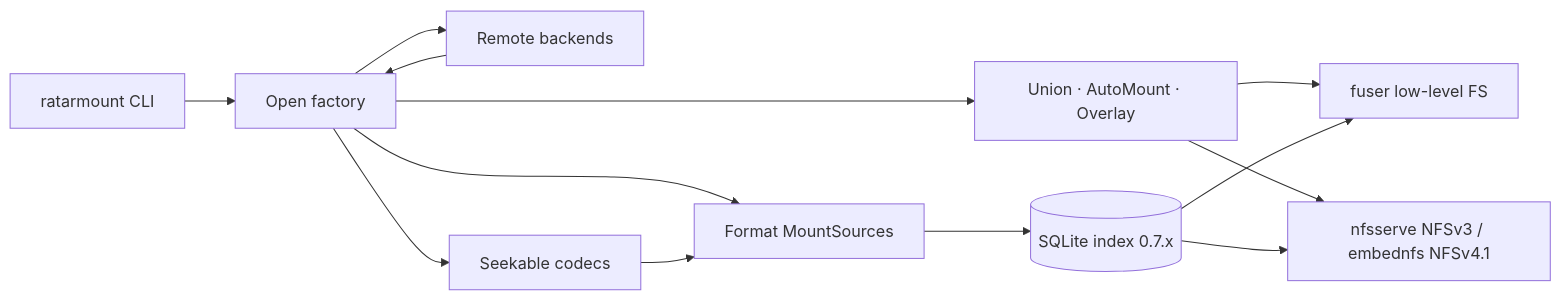
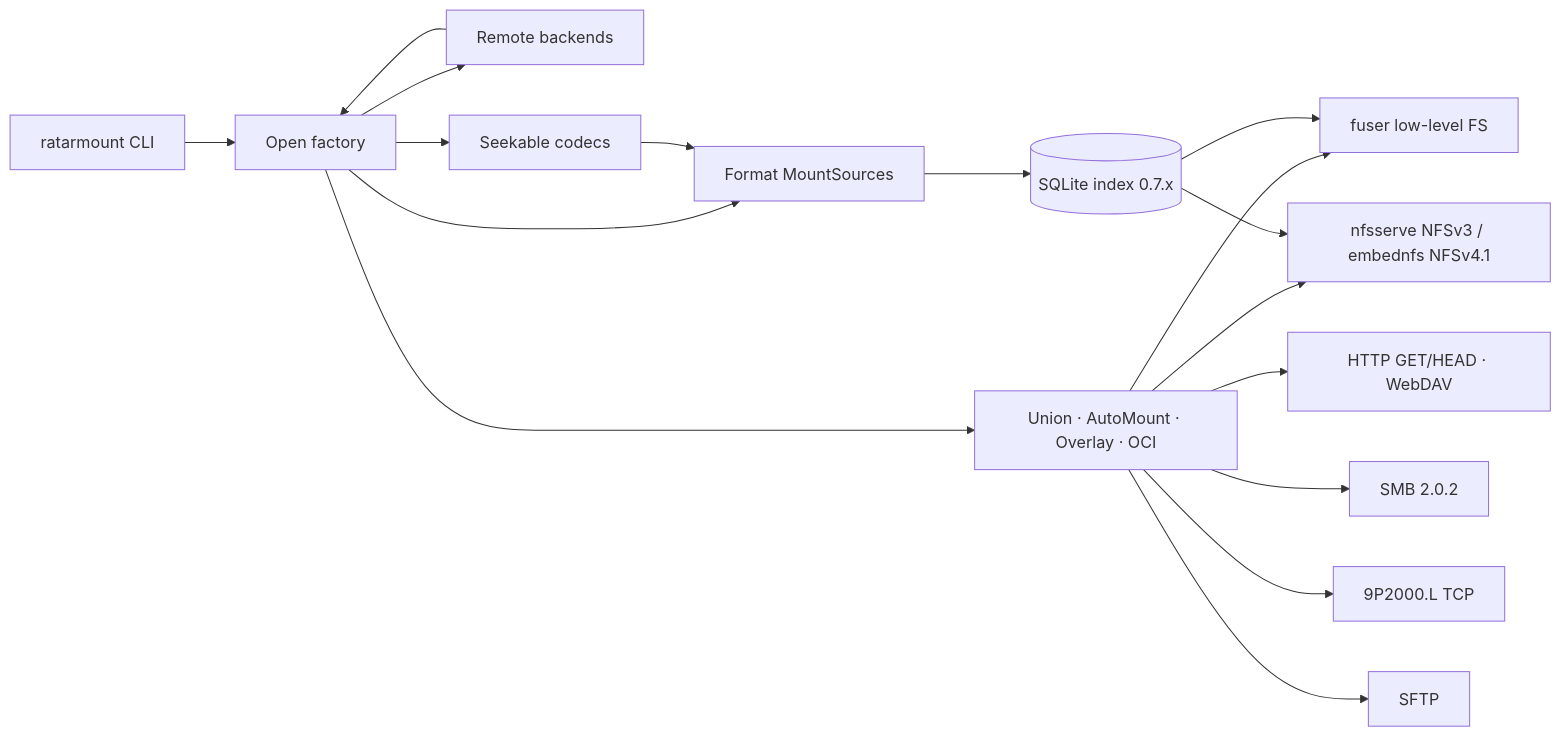
The diagram in README.md (hilather/ratarmount-rs), drawn with Mermaid before and after one commit. The commit also changed other lines of this file and 8 other files, not shown here.

First line of the commit message:
Mark protocol roadmap rows and refresh remote/export tables.

````diff
--- a/README.md
+++ b/README.md
@@ -215,15 +216,19 @@
 ```mermaid
 flowchart LR
   CLI[ratarmount CLI] --> Factory[Open factory]
   Factory --> Remote[Remote backends]
   Factory --> Compress[Seekable codecs]
   Factory --> Formats[Format MountSources]
-  Factory --> Composite[Union · AutoMount · Overlay]
+  Factory --> Composite[Union · AutoMount · Overlay · OCI]
   Formats --> Index[(SQLite index 0.7.x)]
   Composite --> FUSE[fuser low-level FS]
   Composite --> NFS[nfsserve NFSv3 / embednfs NFSv4.1]
+  Composite --> HTTP[HTTP GET/HEAD · WebDAV]
+  Composite --> SMB[SMB 2.0.2]
+  Composite --> NINE[9P2000.L TCP]
+  Composite --> SFTP[SFTP]
   Index --> FUSE
   Index --> NFS
   Compress --> Formats
   Remote --> Factory
 ```
````
